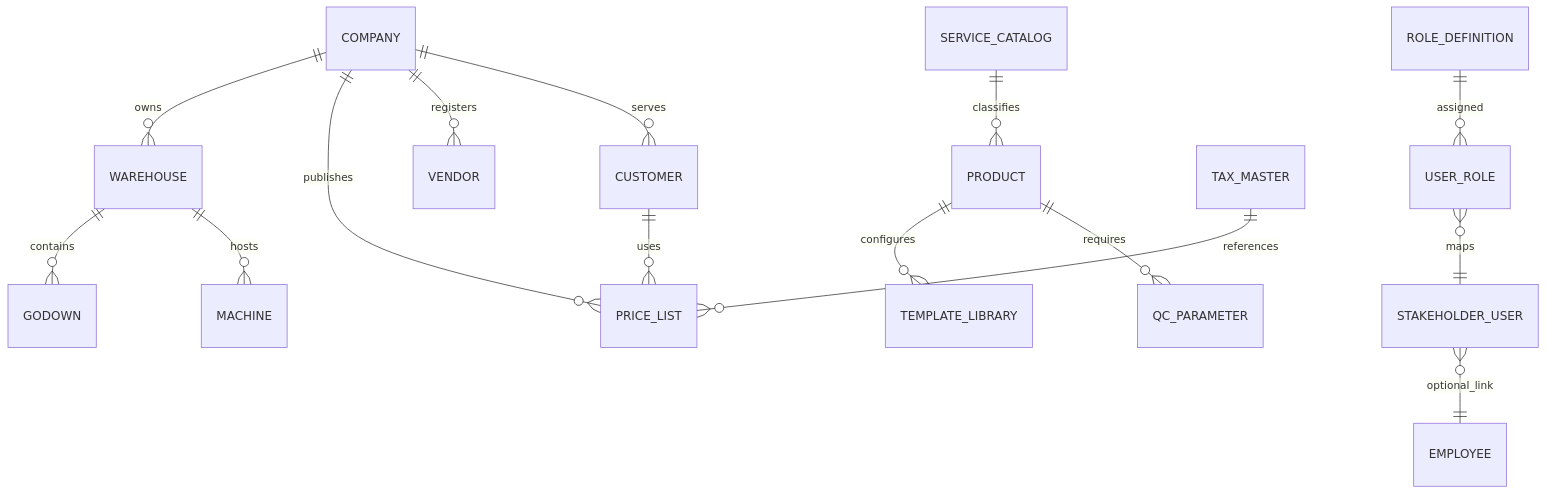
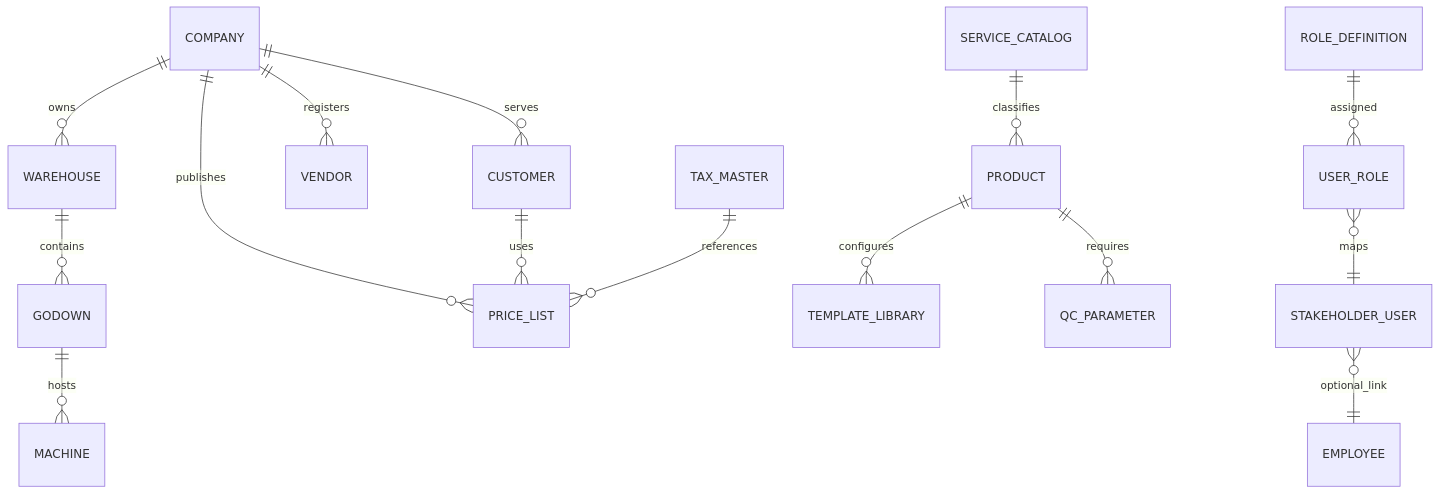
One commit to LancerInt/ERP-PROJECT changed the first of 6 diagrams in docs/data-models/zoho_creator_erds.md. Above: the diagram before and after it, drawn with Mermaid. The commit also changed 6 other files, not shown here.

````diff
--- a/docs/data-models/zoho_creator_erds.md
+++ b/docs/data-models/zoho_creator_erds.md
@@ -6,17 +6,17 @@
 ```mermaid
 erDiagram
     COMPANY ||--o{ WAREHOUSE : owns
     WAREHOUSE ||--o{ GODOWN : contains
     COMPANY ||--o{ PRICE_LIST : publishes
     CUSTOMER ||--o{ PRICE_LIST : uses
     COMPANY ||--o{ VENDOR : registers
     COMPANY ||--o{ CUSTOMER : serves
-    WAREHOUSE ||--o{ MACHINE : hosts
+    GODOWN ||--o{ MACHINE : hosts
     PRODUCT ||--o{ TEMPLATE_LIBRARY : configures
     PRODUCT ||--o{ QC_PARAMETER : requires
     ROLE_DEFINITION ||--o{ USER_ROLE : assigned
     USER_ROLE }o--|| STAKEHOLDER_USER : maps
     STAKEHOLDER_USER }o--|| EMPLOYEE : optional_link
     SERVICE_CATALOG ||--o{ PRODUCT : classifies
     TAX_MASTER ||--o{ PRICE_LIST : references
 ```
````
